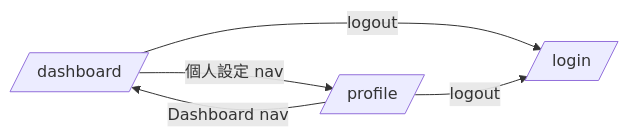
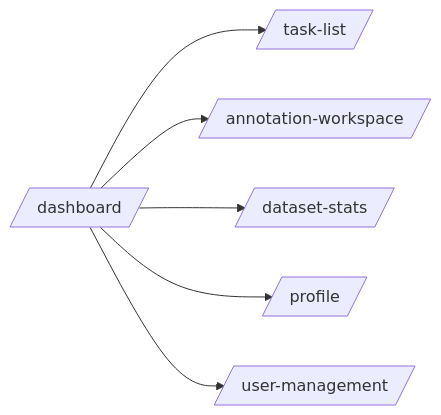
Before and after one commit to singyichen/label-suite: the second of 2 diagrams in specs/shared/008-sidebar-navbar-shared/spec.md, drawn with Mermaid. The commit also changed other lines of this file and 13 other files, not shown here.

````diff
--- a/specs/shared/008-sidebar-navbar-shared/spec.md
+++ b/specs/shared/008-sidebar-navbar-shared/spec.md
@@ -160,11 +186,15 @@
 ```mermaid
 flowchart LR
     dashboard[/dashboard/]
+    taskList[/task-list/]
+    annotation[/annotation-workspace/]
+    datasetStats[/dataset-stats/]
+    adminUsers[/user-management/]
     profile[/profile/]
-    login[/login/]
 
-    dashboard -->|個人設定 nav| profile
-    profile -->|Dashboard nav| dashboard
-    dashboard -->|logout| login
-    profile -->|logout| login
+    dashboard --> taskList
+    dashboard --> annotation
+    dashboard --> datasetStats
+    dashboard --> profile
+    dashboard --> adminUsers
 ```
````
